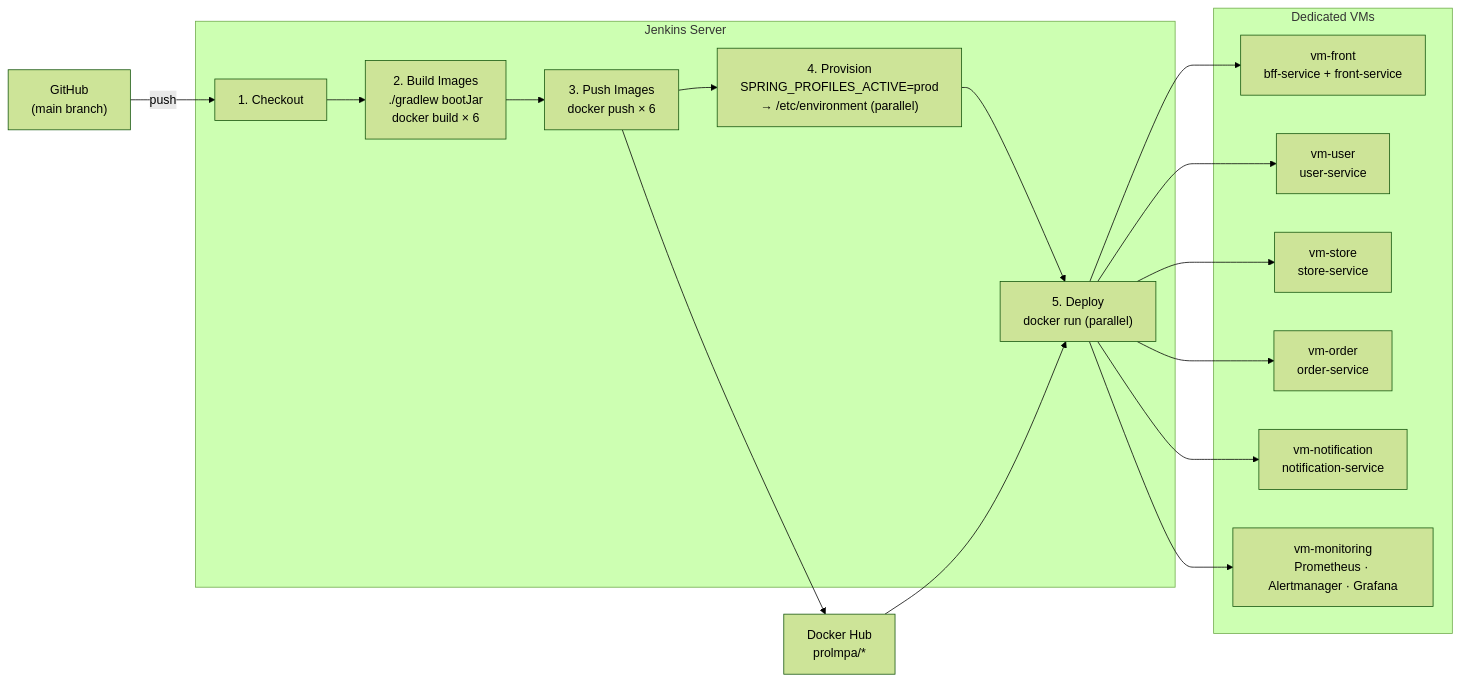
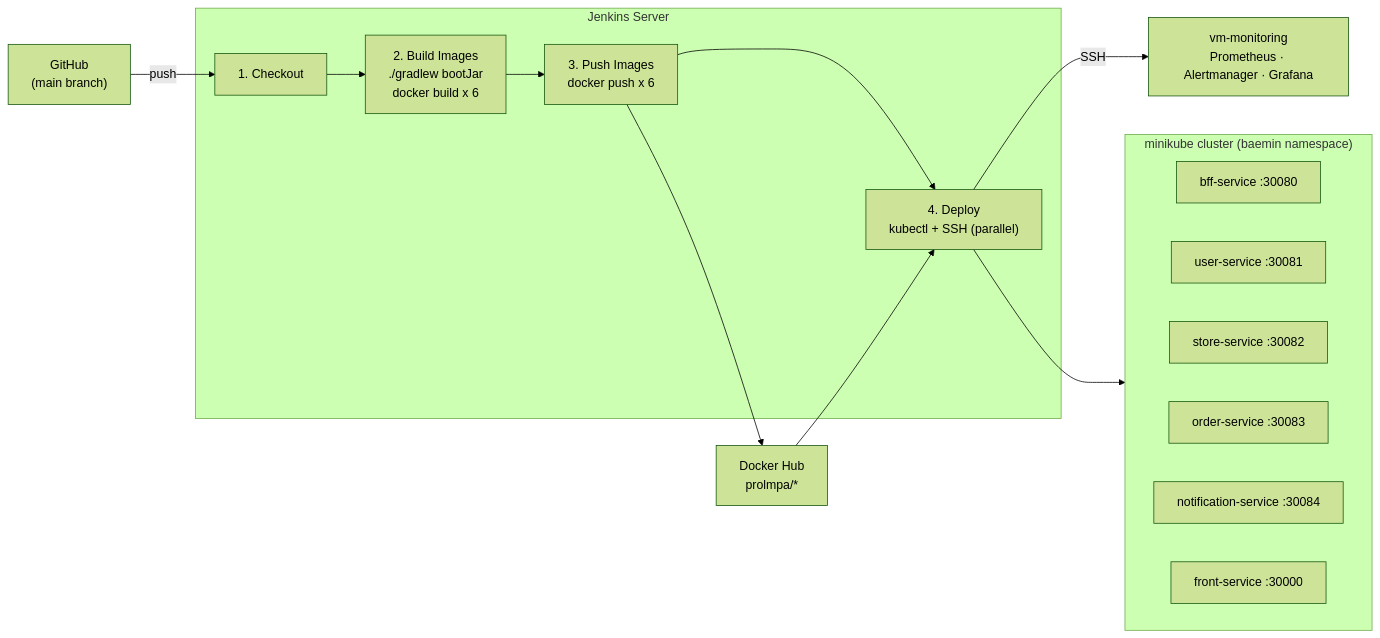
Before and after one commit to proLmpa/Deliprac: the seventh of 7 diagrams in README.md, drawn with Mermaid (forest theme). The commit also changed other lines of this file and 25 other files, not shown here.

First line of the commit message:
Migrate API services to Kubernetes (minikube) with native DB and monitoring

````diff
--- a/README.md
+++ b/README.md
@@ -543,27 +543,30 @@
 ```mermaid
 flowchart LR
     GH["GitHub\n(main branch)"]
     DH["Docker Hub\nprolmpa/*"]
 
     subgraph jenkins ["Jenkins Server"]
         CO["1. Checkout"]
-        BI["2. Build Images\n./gradlew bootJar\ndocker build × 6"]
-        PI["3. Push Images\ndocker push × 6"]
-        PV["4. Provision\nSPRING_PROFILES_ACTIVE=prod\n→ /etc/environment (parallel)"]
-        DP["5. Deploy\ndocker run (parallel)"]
+        BI["2. Build Images\n./gradlew bootJar\ndocker build x 6"]
+        PI["3. Push Images\ndocker push x 6"]
+        DP["4. Deploy\nkubectl + SSH (parallel)"]
     end
 
-    subgraph vms ["Dedicated VMs"]
-        VF["vm-front\nbff-service + front-service"]
-        VU["vm-user\nuser-service"]
-        VS["vm-store\nstore-service"]
-        VO["vm-order\norder-service"]
-        VN["vm-notification\nnotification-service"]
-        VM["vm-monitoring\nPrometheus · Alertmanager · Grafana"]
+    subgraph k8s ["minikube cluster (baemin namespace)"]
+        direction LR
+        BFF["bff-service :30080"]
+        US["user-service :30081"]
+        SS["store-service :30082"]
+        OS["order-service :30083"]
+        NS["notification-service :30084"]
+        FS["front-service :30000"]
     end
 
-    GH -->|push| CO --> BI --> PI --> PV --> DP
+    VM["vm-monitoring\nPrometheus · Alertmanager · Grafana"]
+
+    GH -->|push| CO --> BI --> PI --> DP
     PI --> DH
     DH --> DP
-    DP --> VF & VU & VS & VO & VN & VM
+    DP --> k8s
+    DP -->|SSH| VM
 ```
````
